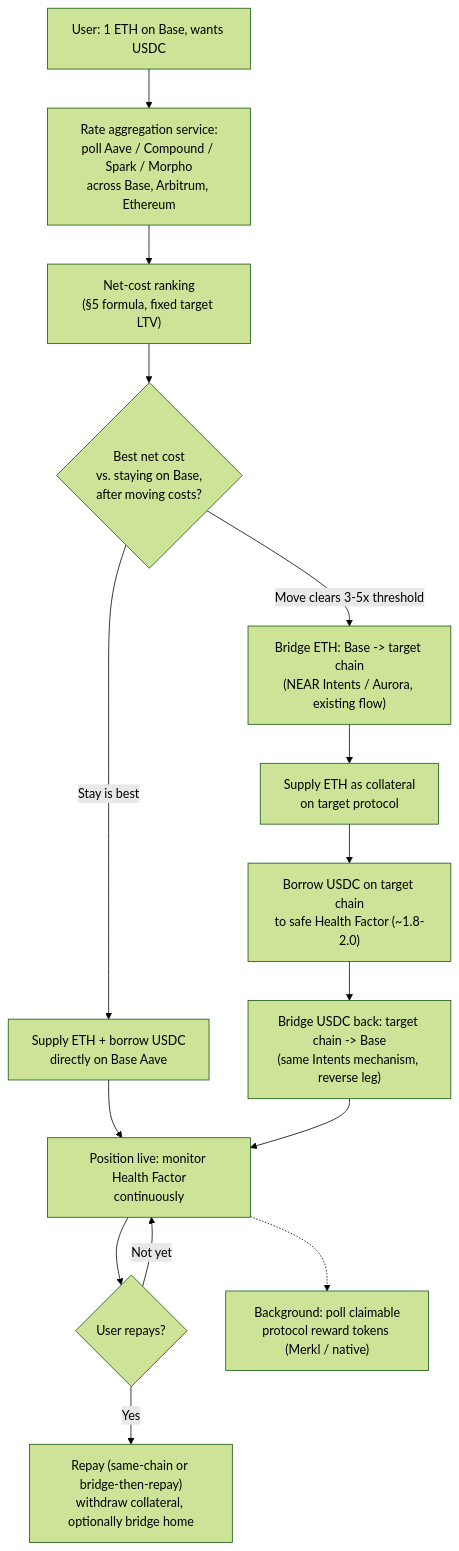
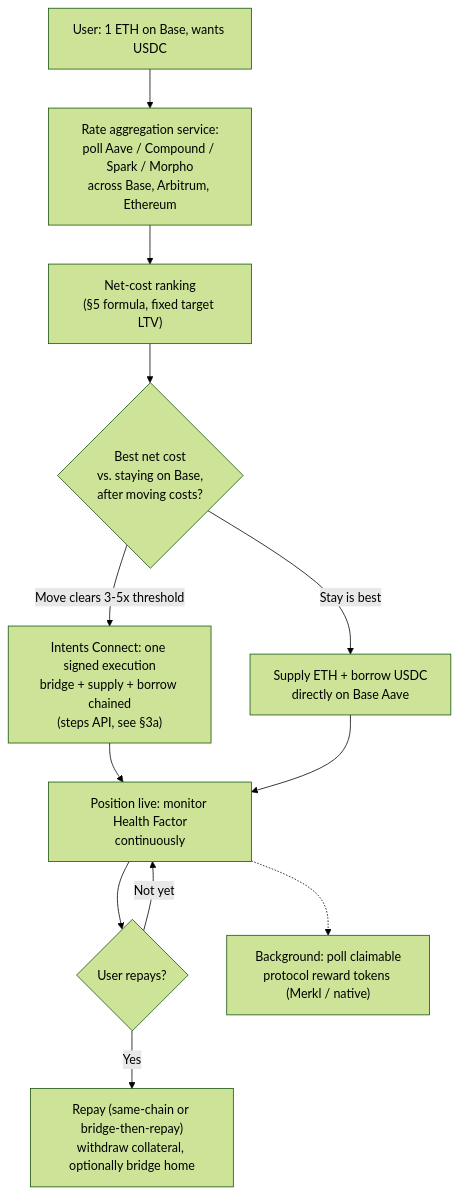
The diagram in docs/borrow-rate-optimizer-scope.md (Grishakair/hood-app), drawn with Mermaid (forest theme) before and after one commit. The commit also changed other lines of this file and 1 other file, not shown here.

First line of the commit message:
Add Intents Connect findings to Best-Rate Borrow scope

````diff
--- a/docs/borrow-rate-optimizer-scope.md
+++ b/docs/borrow-rate-optimizer-scope.md
@@ -169,17 +195,14 @@
 ```mermaid
 flowchart TD
     A["User: 1 ETH on Base, wants USDC"] --> B["Rate aggregation service:\npoll Aave / Compound / Spark / Morpho\nacross Base, Arbitrum, Ethereum"]
     B --> C["Net-cost ranking\n(§5 formula, fixed target LTV)"]
     C --> D{"Best net cost\nvs. staying on Base,\nafter moving costs?"}
     D -->|"Stay is best"| E["Supply ETH + borrow USDC\ndirectly on Base Aave"]
-    D -->|"Move clears 3-5x threshold"| F["Bridge ETH: Base -> target chain\n(NEAR Intents / Aurora, existing flow)"]
-    F --> G["Supply ETH as collateral\non target protocol"]
-    G --> H["Borrow USDC on target chain\nto safe Health Factor (~1.8-2.0)"]
-    H --> I["Bridge USDC back: target chain -> Base\n(same Intents mechanism, reverse leg)"]
-    E --> J["Position live: monitor Health Factor\ncontinuously"]
-    I --> J
+    D -->|"Move clears 3-5x threshold"| F["Intents Connect: one signed execution\nbridge + supply + borrow chained\n(steps API, see §3a)"]
+    F --> J["Position live: monitor Health Factor\ncontinuously"]
+    E --> J
     J --> K{"User repays?"}
     K -->|"Yes"| L["Repay (same-chain or bridge-then-repay)\nwithdraw collateral, optionally bridge home"]
     K -->|"Not yet"| J
     J -.-> M["Background: poll claimable\nprotocol reward tokens (Merkl / native)"]
 ```
````
